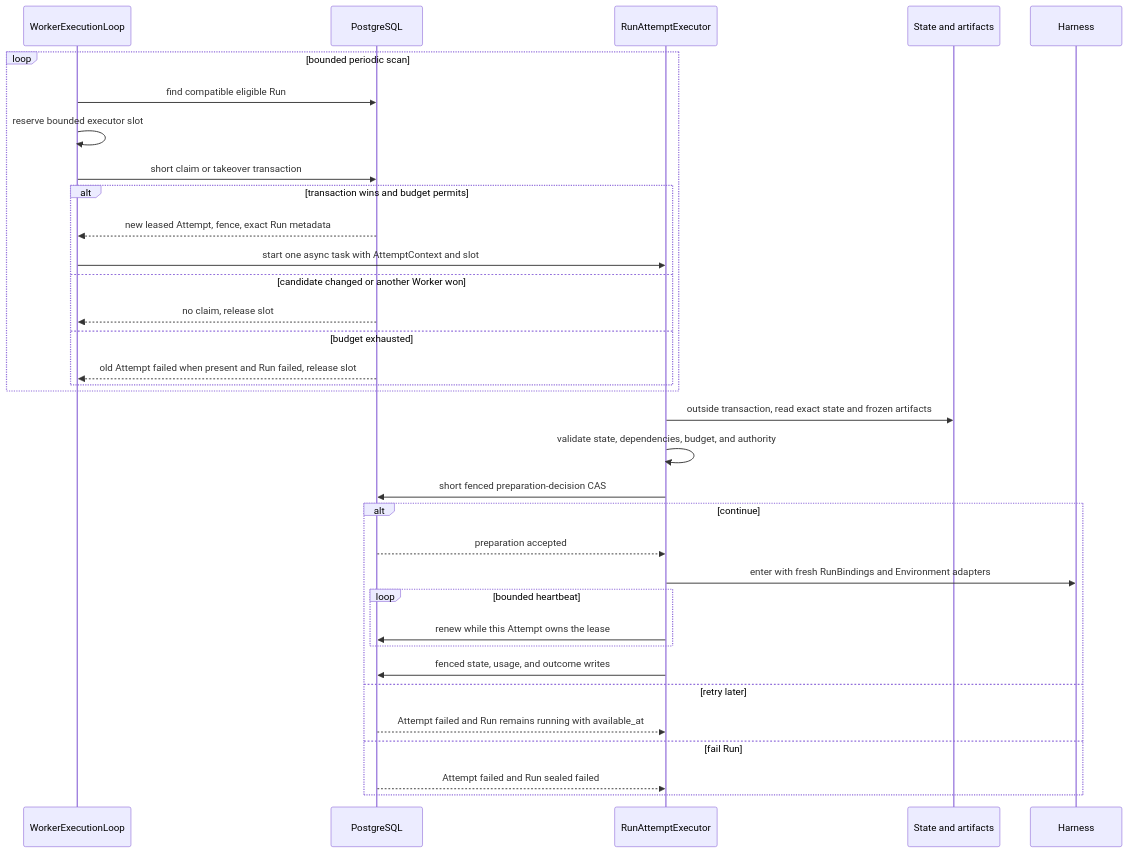
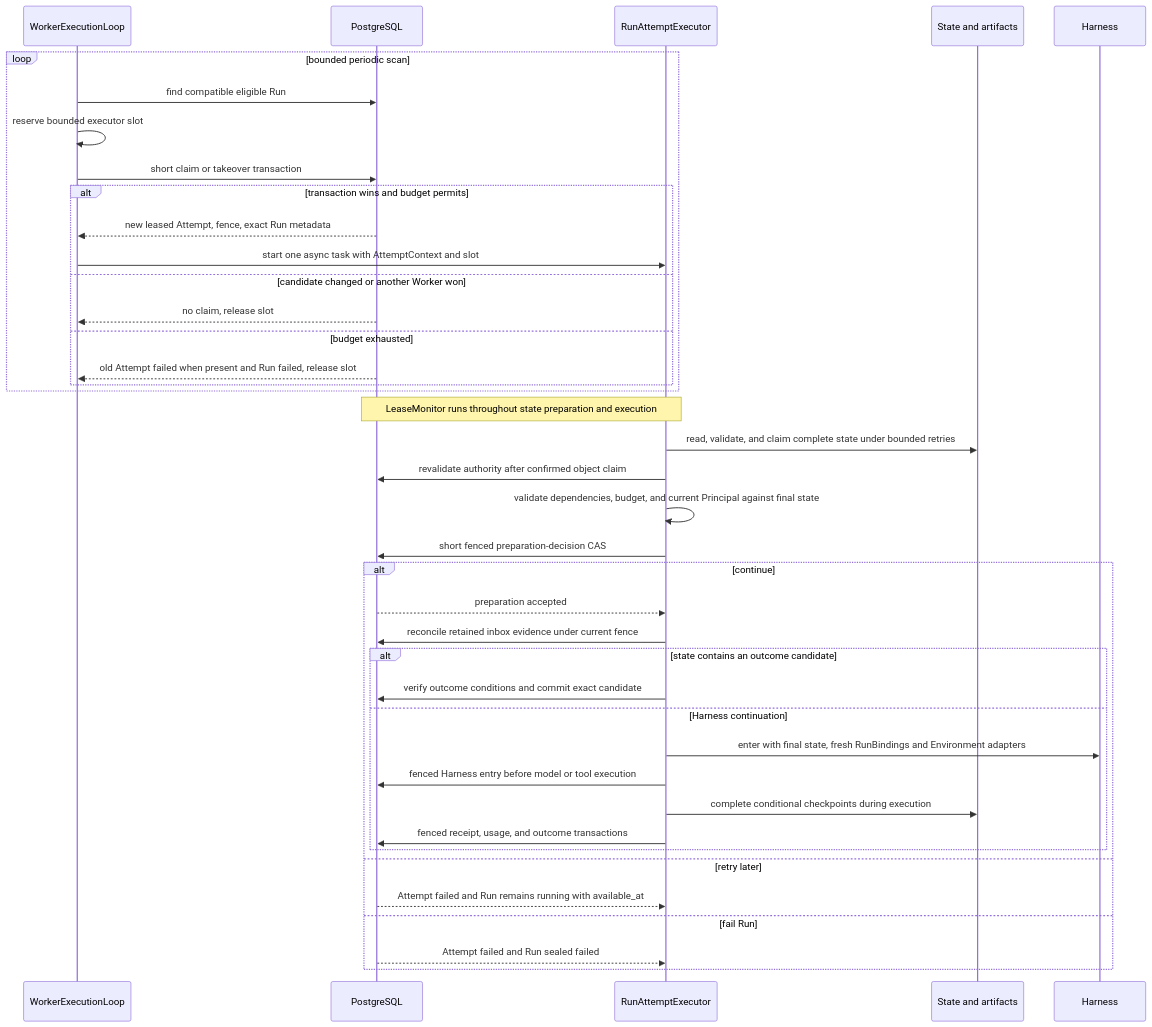
One commit to LTThreeComma/agent-foundation changed the second of 4 diagrams in spec/a13n-service/13-run-attempt-scheduling-and-recovery.md. Above: the diagram before and after it, drawn with Mermaid. The commit also changed other lines of this file and 37 other files, not shown here.

First line of the commit message:
fix(foundation): fence state recovery before agent execution (#238)

````diff
--- a/spec/a13n-service/13-run-attempt-scheduling-and-recovery.md
+++ b/spec/a13n-service/13-run-attempt-scheduling-and-recovery.md
@@ -192,37 +192,43 @@
 ```mermaid
 sequenceDiagram
     participant Claimant as WorkerExecutionLoop
     participant DB as PostgreSQL
     participant Executor as RunAttemptExecutor
     participant Objects as State and artifacts
     participant Harness
 
     loop bounded periodic scan
         Claimant->>DB: find compatible eligible Run
         Claimant->>Claimant: reserve bounded executor slot
         Claimant->>DB: short claim or takeover transaction
         alt transaction wins and budget permits
             DB-->>Claimant: new leased Attempt, fence, exact Run metadata
             Claimant->>Executor: start one async task with AttemptContext and slot
         else candidate changed or another Worker won
             DB-->>Claimant: no claim, release slot
         else budget exhausted
             DB-->>Claimant: old Attempt failed when present and Run failed, release slot
         end
     end
-    Executor->>Objects: outside transaction, read exact state and frozen artifacts
-    Executor->>Executor: validate state, dependencies, budget, and authority
+    Note over Executor,DB: LeaseMonitor runs throughout state preparation and execution
+    Executor->>Objects: read, validate, and claim complete state under bounded retries
+    Executor->>DB: revalidate authority after confirmed object claim
+    Executor->>Executor: validate dependencies, budget, and current Principal against final state
     Executor->>DB: short fenced preparation-decision CAS
     alt continue
         DB-->>Executor: preparation accepted
-        Executor->>Harness: enter with fresh RunBindings and Environment adapters
-        loop bounded heartbeat
-            Executor->>DB: renew while this Attempt owns the lease
+        Executor->>DB: reconcile retained inbox evidence under current fence
+        alt state contains an outcome candidate
+            Executor->>DB: verify outcome conditions and commit exact candidate
+        else Harness continuation
+            Executor->>Harness: enter with final state, fresh RunBindings and Environment adapters
+            Executor->>DB: fenced Harness entry before model or tool execution
+            Executor->>Objects: complete conditional checkpoints during execution
+            Executor->>DB: fenced receipt, usage, and outcome transactions
         end
-        Executor->>DB: fenced state, usage, and outcome writes
     else retry later
         DB-->>Executor: Attempt failed and Run remains running with available_at
     else fail Run
         DB-->>Executor: Attempt failed and Run sealed failed
     end
 ```
````
